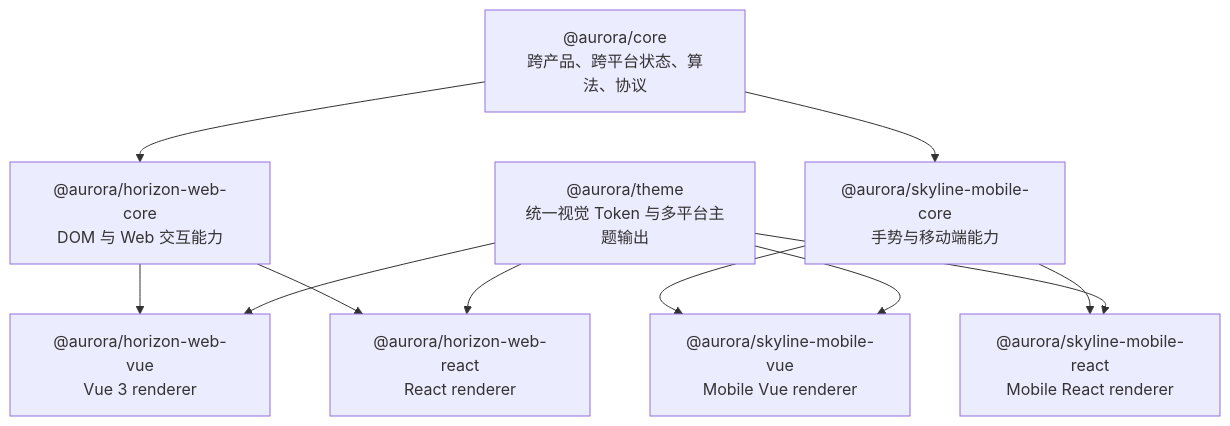
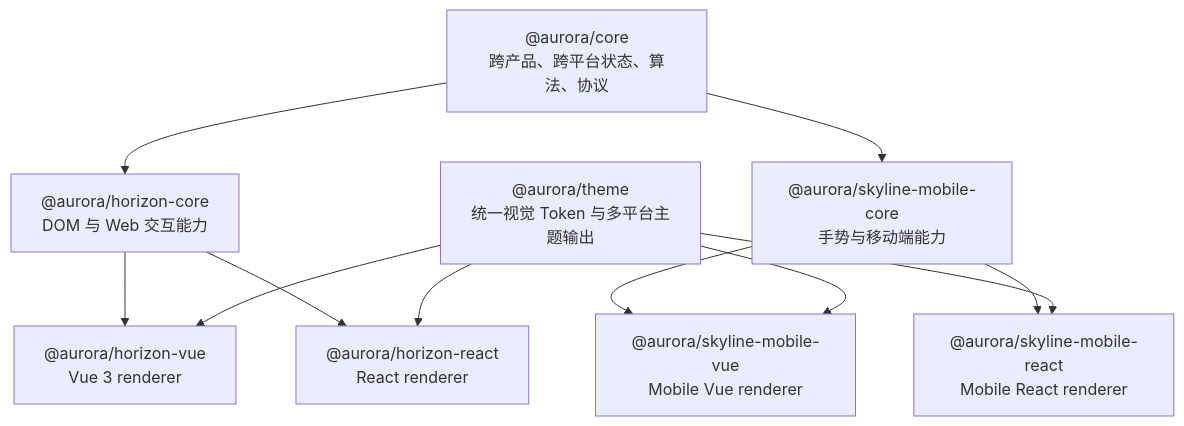
Before and after one commit to van-fe/horizon-web: the diagram in packages/docs/zh/guide/multi-platform-refactor.md, drawn with Mermaid. The commit also changed other lines of this file and 2446 other files, not shown here.

````diff
--- a/packages/docs/zh/guide/multi-platform-refactor.md
+++ b/packages/docs/zh/guide/multi-platform-refactor.md
@@ -68,25 +68,25 @@
 ```mermaid
 flowchart TB
     AC["@aurora/core<br/>跨产品、跨平台状态、算法、协议"]
 
     AT["@aurora/theme<br/>统一视觉 Token 与多平台主题输出"]
-    HWC["@aurora/horizon-web-core<br/>DOM 与 Web 交互能力"]
-    HWV["@aurora/horizon-web-vue<br/>Vue 3 renderer"]
-    HWR["@aurora/horizon-web-react<br/>React renderer"]
+    HWC["@aurora/horizon-core<br/>DOM 与 Web 交互能力"]
+    HWV["@aurora/horizon-vue<br/>Vue 3 renderer"]
+    HWR["@aurora/horizon-react<br/>React renderer"]
 
     SMC["@aurora/skyline-mobile-core<br/>手势与移动端能力"]
     SMV["@aurora/skyline-mobile-vue<br/>Mobile Vue renderer"]
     SMR["@aurora/skyline-mobile-react<br/>Mobile React renderer"]
 
     AC --> HWC
     HWC --> HWV
     HWC --> HWR
     AT --> HWV
     AT --> HWR
 
     AC --> SMC
     SMC --> SMV
     SMC --> SMR
     AT --> SMV
     AT --> SMR
 ```
````
